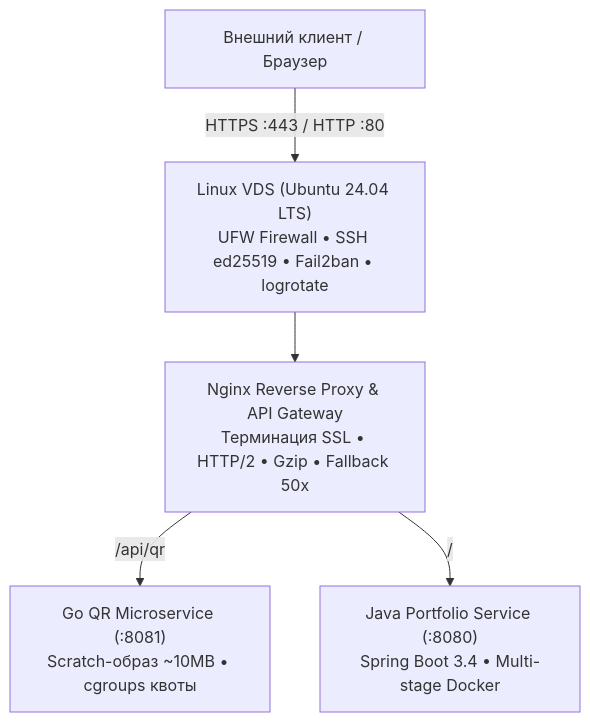
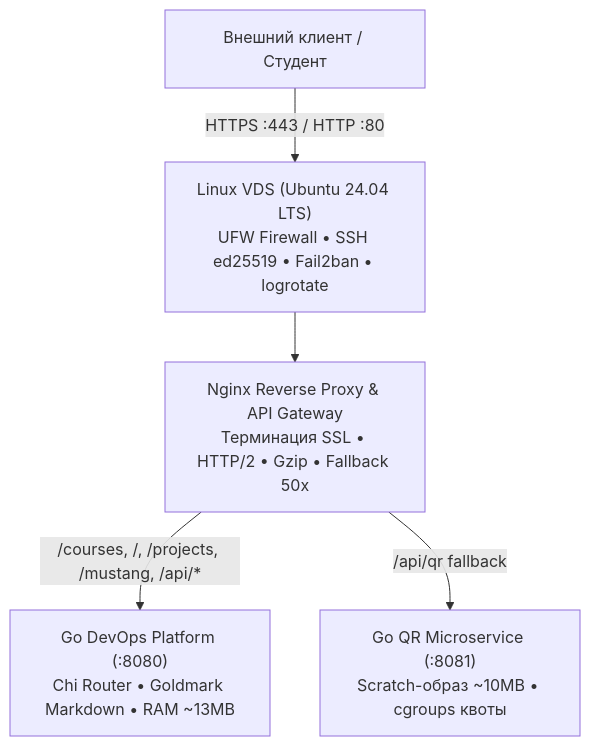
One commit to AndreyJVM/portfolio-service changed the first of 2 diagrams in README.md. Above: the diagram before and after it, drawn with Mermaid. The commit also changed other lines of this file and 153 other files, not shown here.

First line of the commit message:
feat(core): migrate backend from Java to Go and transform into DevOps learning platform

````diff
--- a/README.md
+++ b/README.md
@@ -31,7 +38,7 @@
 ```mermaid
 flowchart TD
-    Client["Внешний клиент / Браузер"] -->|HTTPS :443 / HTTP :80| Host["Linux VDS (Ubuntu 24.04 LTS)<br/>UFW Firewall • SSH ed25519 • Fail2ban • logrotate"]
+    Client["Внешний клиент / Студент"] -->|HTTPS :443 / HTTP :80| Host["Linux VDS (Ubuntu 24.04 LTS)<br/>UFW Firewall • SSH ed25519 • Fail2ban • logrotate"]
     Host --> Nginx["Nginx Reverse Proxy & API Gateway<br/>Терминация SSL • HTTP/2 • Gzip • Fallback 50x"]
-    Nginx -->|/api/qr| GoQR["Go QR Microservice (:8081)<br/>Scratch-образ ~10MB • cgroups квоты"]
-    Nginx -->|/| JavaApp["Java Portfolio Service (:8080)<br/>Spring Boot 3.4 • Multi-stage Docker"]
+    Nginx -->|/courses, /, /projects, /mustang, /api/*| GoApp["Go DevOps Platform (:8080)<br/>Chi Router • Goldmark Markdown • RAM ~13MB"]
+    Nginx -->|/api/qr fallback| GoQR["Go QR Microservice (:8081)<br/>Scratch-образ ~10MB • cgroups квоты"]
 ```
````
